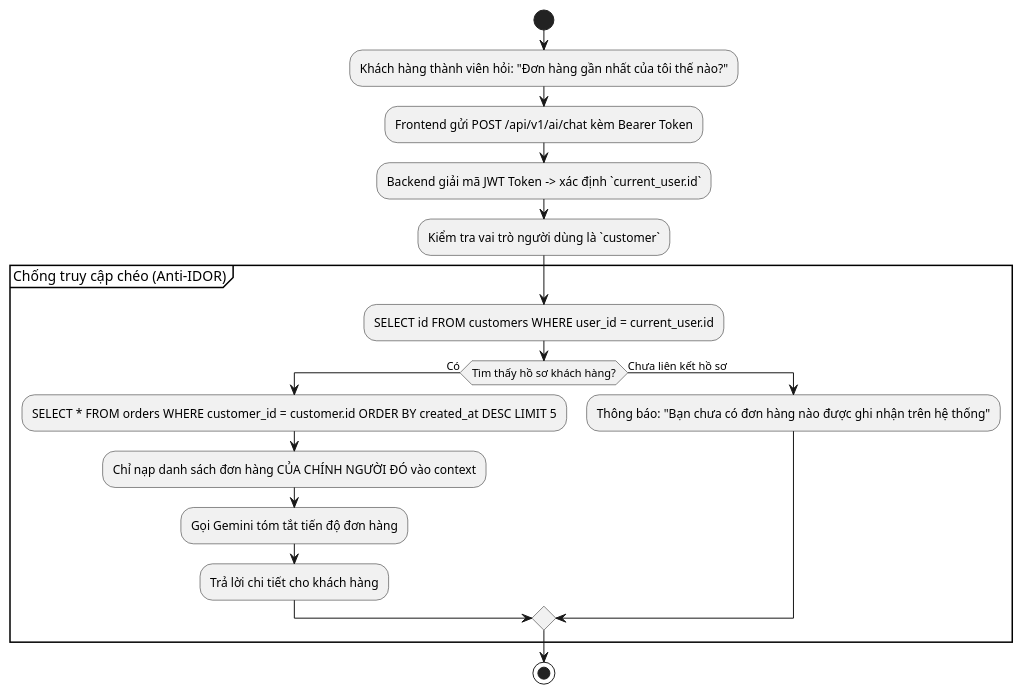
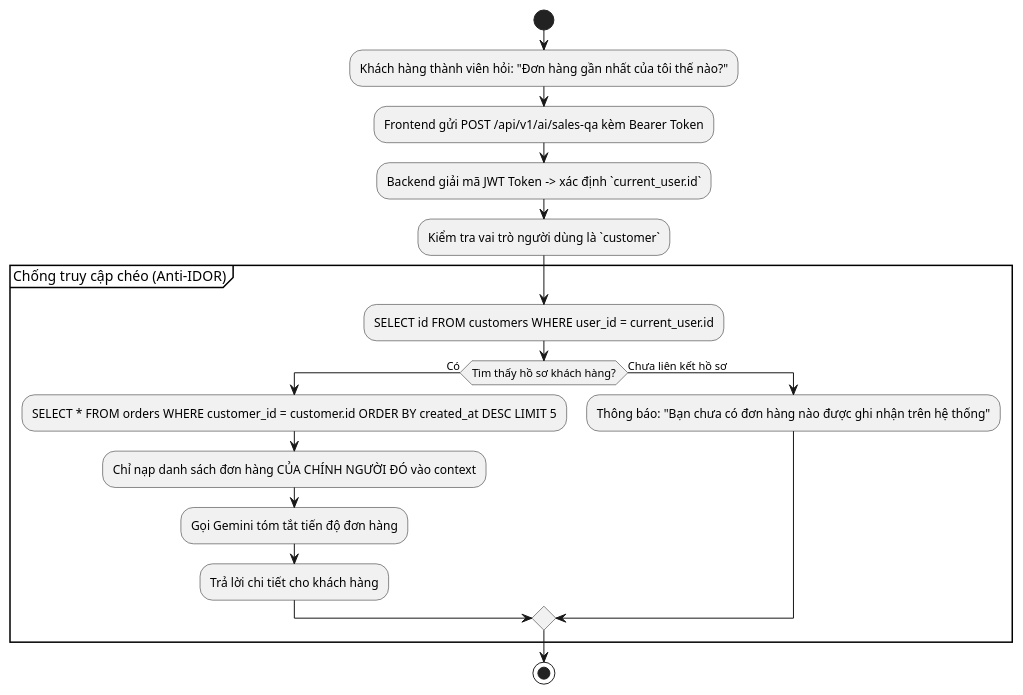
Before and after one commit to Leoth01O2/WebStoreAI: the diagram in docs/diagrams/UC016-ai-customer-orders-activity.puml, drawn with PlantUML. The commit also changed 41 other files, not shown here.

```diff
--- a/docs/diagrams/UC016-ai-customer-orders-activity.puml
+++ b/docs/diagrams/UC016-ai-customer-orders-activity.puml
@@ -1,24 +1,24 @@
 @startuml
 skinparam defaultFontName "Arial"
 skinparam shadowing false
 
 start
 :Khách hàng thành viên hỏi: "Đơn hàng gần nhất của tôi thế nào?";
-:Frontend gửi POST /api/v1/ai/chat kèm Bearer Token;
+:Frontend gửi POST /api/v1/ai/sales-qa kèm Bearer Token;
 
 :Backend giải mã JWT Token -> xác định `current_user.id`;
 :Kiểm tra vai trò người dùng là `customer`;
 
 partition "Chống truy cập chéo (Anti-IDOR)" {
     :SELECT id FROM customers WHERE user_id = current_user.id;
     if (Tìm thấy hồ sơ khách hàng?) then (Có)
         :SELECT * FROM orders WHERE customer_id = customer.id ORDER BY created_at DESC LIMIT 5;
         :Chỉ nạp danh sách đơn hàng CỦA CHÍNH NGƯỜI ĐÓ vào context;
         :Gọi Gemini tóm tắt tiến độ đơn hàng;
         :Trả lời chi tiết cho khách hàng;
     else (Chưa liên kết hồ sơ)
         :Thông báo: "Bạn chưa có đơn hàng nào được ghi nhận trên hệ thống";
     endif
 }
 stop
 @enduml
```
